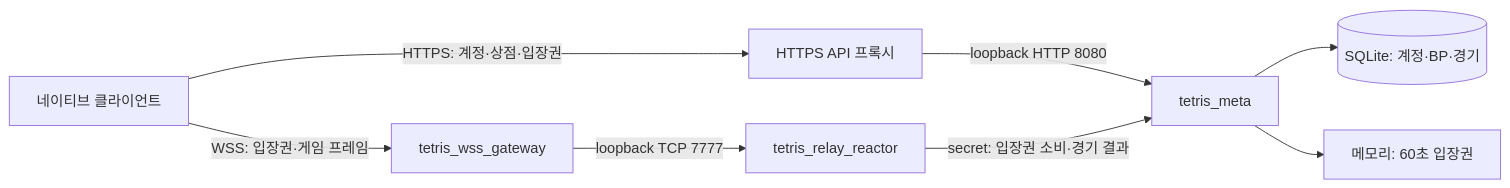
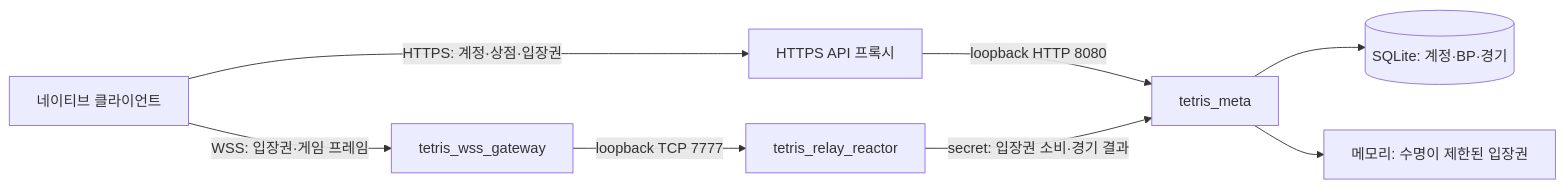
One commit to Rein-ArXiv/Tetris-Multiplayer-RL changed the first of 2 diagrams in docs/blog/part16-secure-admission.md. Above: the diagram before and after it, drawn with Mermaid. The commit also changed other lines of this file and 51035 other files, not shown here.

````diff
--- a/docs/blog/part16-secure-admission.md
+++ b/docs/blog/part16-secure-admission.md
@@ -31,10 +31,10 @@
 ```mermaid
 flowchart LR
     C[네이티브 클라이언트] -->|HTTPS: 계정·상점·입장권| H[HTTPS API 프록시]
     H -->|loopback HTTP 8080| M[tetris_meta]
     C -->|WSS: 입장권·게임 프레임| W[tetris_wss_gateway]
     W -->|loopback TCP 7777| R[tetris_relay_reactor]
     R -->|secret: 입장권 소비·경기 결과| M
     M --> DB[(SQLite: 계정·BP·경기)]
-    M --> T[메모리: 60초 입장권]
+    M --> T[메모리: 수명이 제한된 입장권]
 ```
````
